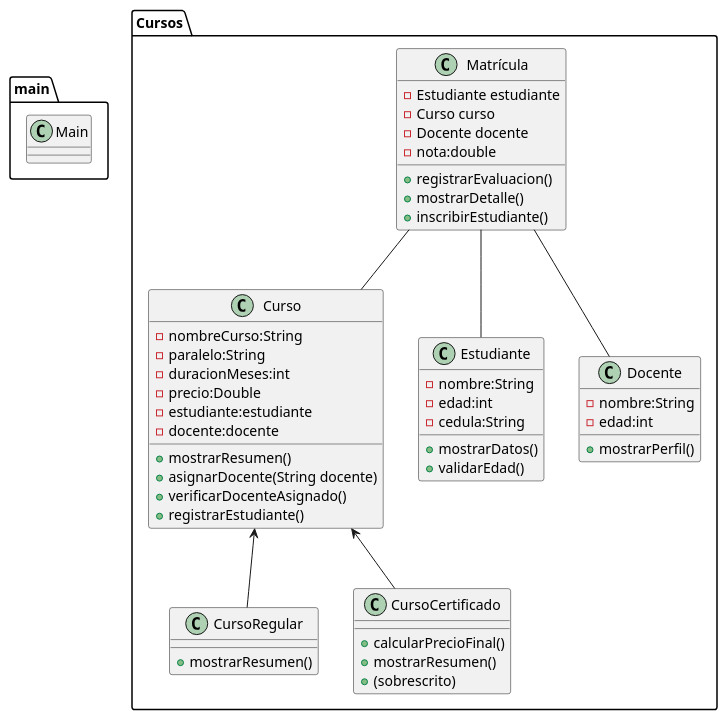
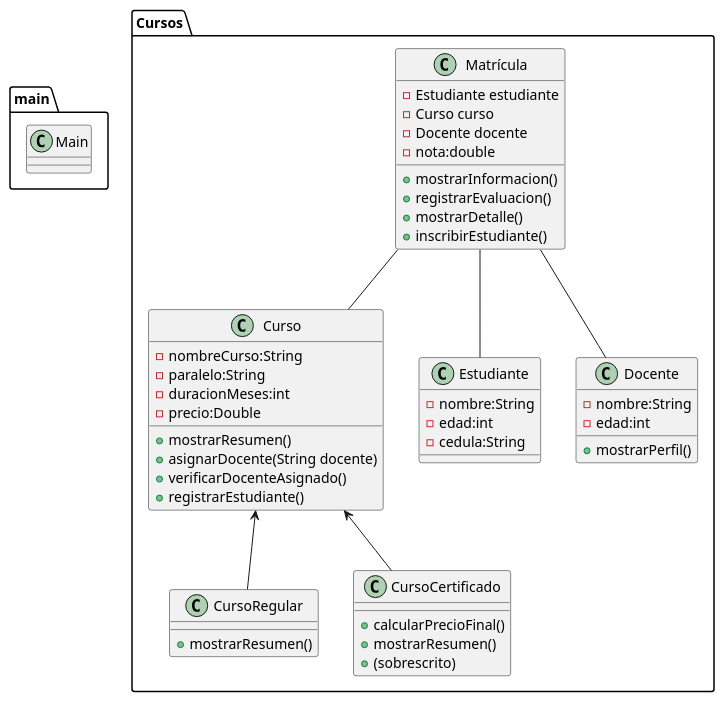
Before and after one commit to Ivanp2003/Examen1Poo: the diagram in src/Examen.puml, drawn with PlantUML.

Commit message:
Tercer Commit al diagrama UML

```diff
--- a/src/Examen.puml
+++ b/src/Examen.puml
@@ -1,66 +1,63 @@
 @startuml
 
 package main{
 class Main{}
 }
 
+package Cursos{
 
-package Cursos{
 class Matrícula{
 - Estudiante estudiante
 - Curso curso
 - Docente docente
 - nota:double
++ mostrarInformacion()
 + registrarEvaluacion()
 + mostrarDetalle()
 + inscribirEstudiante()
 }
 
 class Curso{
 - nombreCurso:String
 - paralelo:String
 - duracionMeses:int
 - precio:Double
-- estudiante:estudiante
-- docente:docente
 + mostrarResumen()
 + asignarDocente(String docente)
 + verificarDocenteAsignado()
 + registrarEstudiante()
 }
 
 class CursoRegular{
 +mostrarResumen()
 }
 
 class CursoCertificado{
 +calcularPrecioFinal()
 +mostrarResumen()
 +(sobrescrito)
 }
 
 class Estudiante{
 - nombre:String
 - edad:int
 - cedula:String
-+ mostrarDatos()
-+ validarEdad()
 }
 
 class Docente{
 - nombre:String
 - edad:int
 + mostrarPerfil()
 }
 
 
 }
 Matrícula -- Curso
 Matrícula -- Estudiante
 Matrícula -- Docente
 
 
 Curso <-- CursoRegular
 Curso <-- CursoCertificado
 
 @enduml
```
